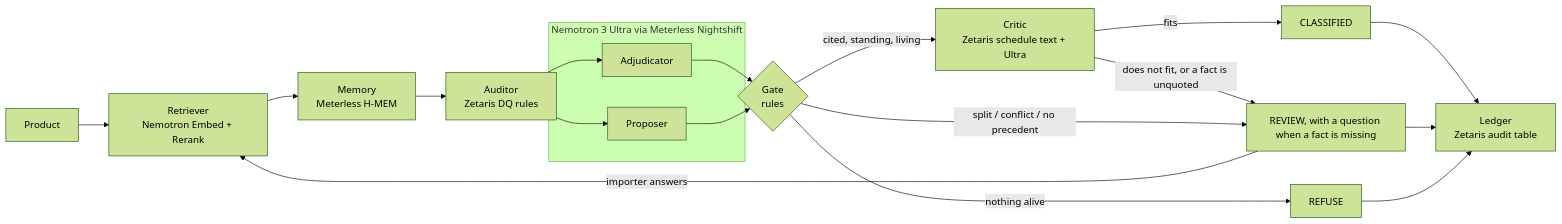
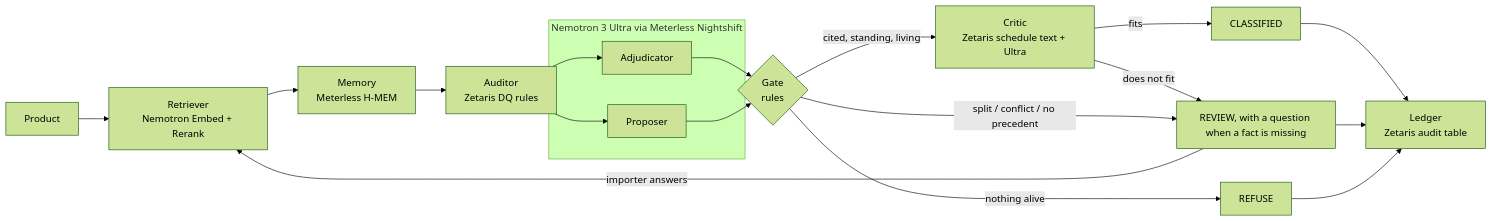
One commit to Cassxbt/portorium changed the diagram in README.md. Above: the diagram before and after it, drawn with Mermaid (forest theme). The commit also changed other lines of this file and 36 other files, not shown here.

````diff
--- a/README.md
+++ b/README.md
@@ -154,20 +163,20 @@
 ```mermaid
 flowchart LR
   P[Product] --> R[Retriever<br/>Nemotron Embed + Rerank]
   R --> M[Memory<br/>Meterless H-MEM]
   M --> A[Auditor<br/>Zetaris DQ rules]
   subgraph Ultra[Nemotron 3 Ultra via Meterless Nightshift]
     J[Adjudicator]
     X[Proposer]
   end
   A --> J & X
   J --> G{Gate<br/>rules}
   X --> G
   G -- cited, standing, living --> C[Critic<br/>Zetaris schedule text + Ultra]
   C -- fits --> OK[CLASSIFIED]
-  C -- does not fit, or a fact is unquoted --> RV[REVIEW, with a question when a fact is missing]
+  C -- does not fit --> RV[REVIEW, with a question when a fact is missing]
   G -- split / conflict / no precedent --> RV
   G -- nothing alive --> RF[REFUSE]
   RV -- importer answers --> R
   OK & RV & RF --> L[Ledger<br/>Zetaris audit table]
 ```
````
